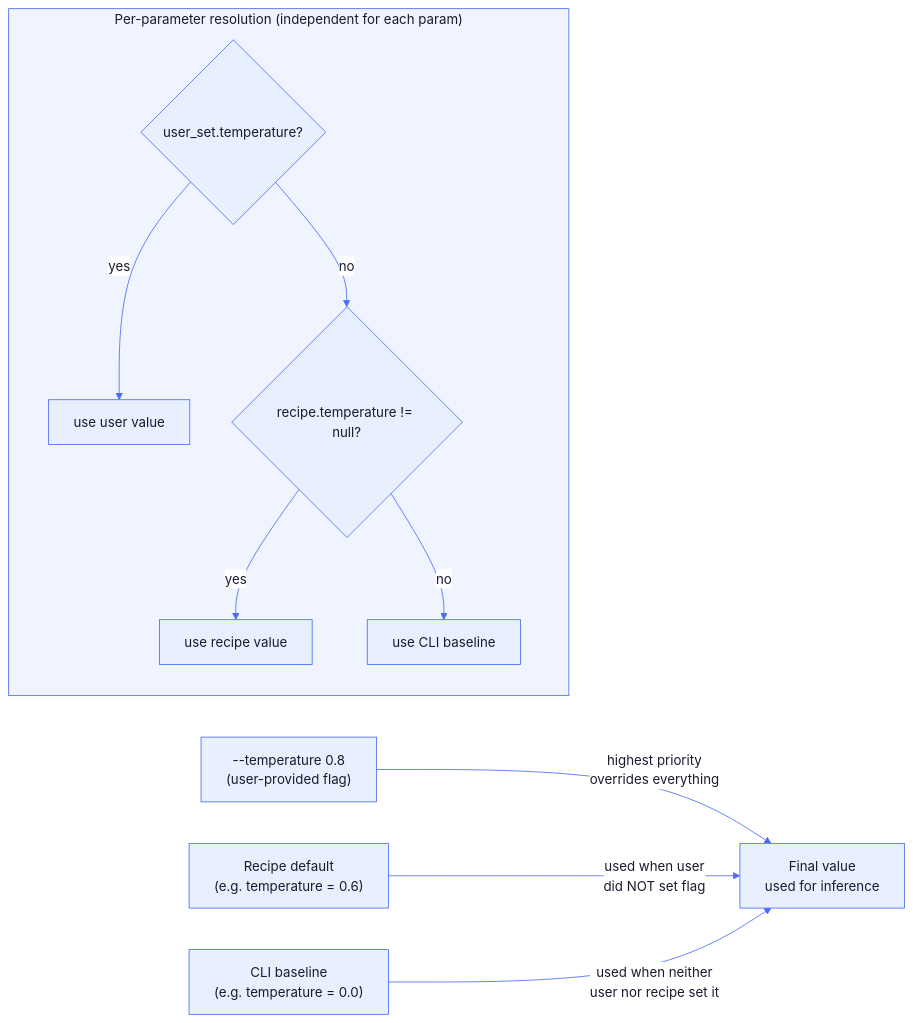
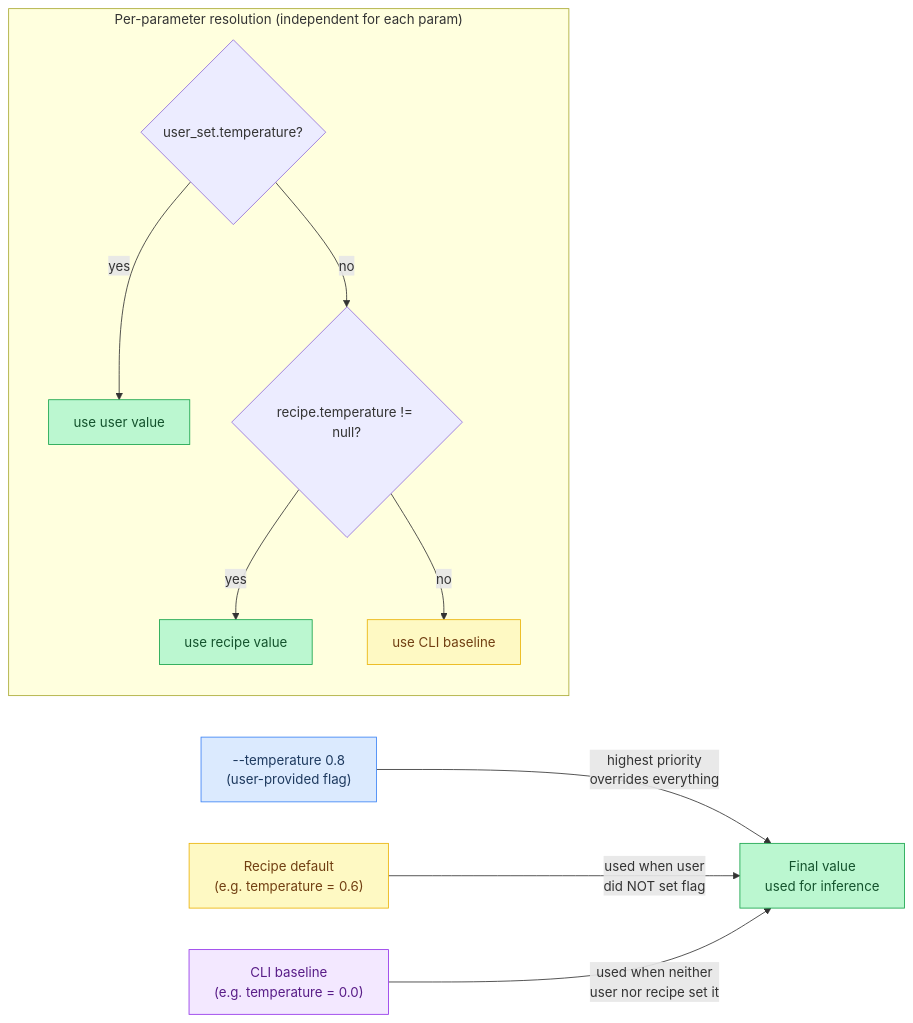
Before and after one commit to maci0/agave: the third of 6 diagrams in docs/tutorial/16-recipe-system.md, drawn with Mermaid. The commit also changed other lines of this file and 24 other files, not shown here.

First line of the commit message:
docs: convert all mermaid diagrams to classDef semantic colors

````diff
--- a/docs/tutorial/16-recipe-system.md
+++ b/docs/tutorial/16-recipe-system.md
@@ -245,34 +237,31 @@
 ```mermaid
-%%{init: {'theme': 'base', 'themeVariables': {
-  'primaryColor': '#e8f0fe',
-  'primaryTextColor': '#1a1a2e',
-  'primaryBorderColor': '#4a6cf7',
-  'lineColor': '#4a6cf7',
-  'secondaryColor': '#f0f4ff',
-  'tertiaryColor': '#f8f9ff',
-  'edgeLabelBackground': '#ffffff',
-  'clusterBkg': '#f0f4ff',
-  'clusterBorder': '#4a6cf7',
-  'titleColor': '#1a1a2e',
-  'nodeTextColor': '#1a1a2e',
-  'fontFamily': 'ui-monospace, SFMono-Regular, monospace'
-}}}%%
 flowchart LR
-    CLI["--temperature 0.8\n(user-provided flag)"]
-    Recipe["Recipe default\n(e.g. temperature = 0.6)"]
-    Default["CLI baseline\n(e.g. temperature = 0.0)"]
+    classDef setup     fill:#dbeafe,stroke:#3b82f6,color:#1e3a5f
+    classDef sync      fill:#dcfce7,stroke:#22c55e,color:#14532d
+    classDef migration fill:#fef9c3,stroke:#eab308,color:#713f12
+    classDef success   fill:#bbf7d0,stroke:#16a34a,color:#14532d
+    classDef danger    fill:#fee2e2,stroke:#ef4444,color:#7f1d1d
+    classDef optional  fill:#f3e8ff,stroke:#9333ea,color:#581c87
 
-    CLI -->|"highest priority\noverrides everything"| Final["Final value\nused for inference"]
+    CLI["--temperature 0.8\n(user-provided flag)"]:::setup
+    Recipe["Recipe default\n(e.g. temperature = 0.6)"]:::migration
+    Default["CLI baseline\n(e.g. temperature = 0.0)"]:::optional
+    Final["Final value\nused for inference"]:::success
+    Use1["use user value"]:::success
+    Use2["use recipe value"]:::success
+    Use3["use CLI baseline"]:::migration
+
+    CLI -->|"highest priority\noverrides everything"| Final
     Recipe -->|"used when user\ndid NOT set flag"| Final
     Default -->|"used when neither\nuser nor recipe set it"| Final
 
     subgraph Resolution["Per-parameter resolution (independent for each param)"]
         direction TB
         Q1{"user_set.temperature?"}
         Q2{"recipe.temperature != null?"}
-        Q1 -- yes --> Use1["use user value"]
+        Q1 -- yes --> Use1
         Q1 -- no --> Q2
-        Q2 -- yes --> Use2["use recipe value"]
-        Q2 -- no --> Use3["use CLI baseline"]
+        Q2 -- yes --> Use2
+        Q2 -- no --> Use3
     end
 ```
````
